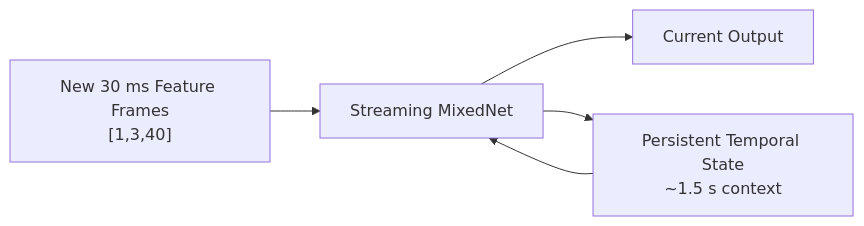
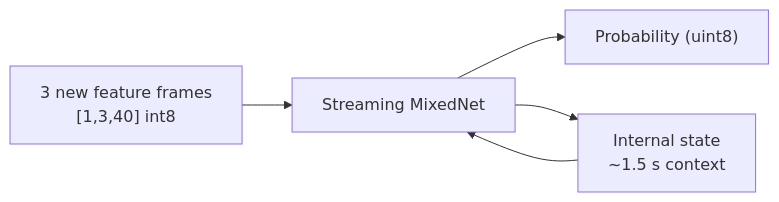
One commit to Raj24-dev/Kws changed the third of 12 diagrams in README.md. Above: the diagram before and after it, drawn with Mermaid. The commit also changed other lines of this file and 211 other files, not shown here.

````diff
--- a/README.md
+++ b/README.md
@@ -460,13 +319,13 @@
 ```mermaid
 flowchart LR
 
-    A["New 30 ms Feature Frames<br/>[1,3,40]"]
+    A["3 new feature frames<br/>[1,3,40] int8"]
     B["Streaming MixedNet"]
-    C["Current Output"]
-    D["Persistent Temporal State<br/>~1.5 s context"]
+    C["Probability (uint8)"]
+    D["Internal state<br/>~1.5 s context"]
 
     A --> B
     D --> B
     B --> C
     B --> D
 ```
````
